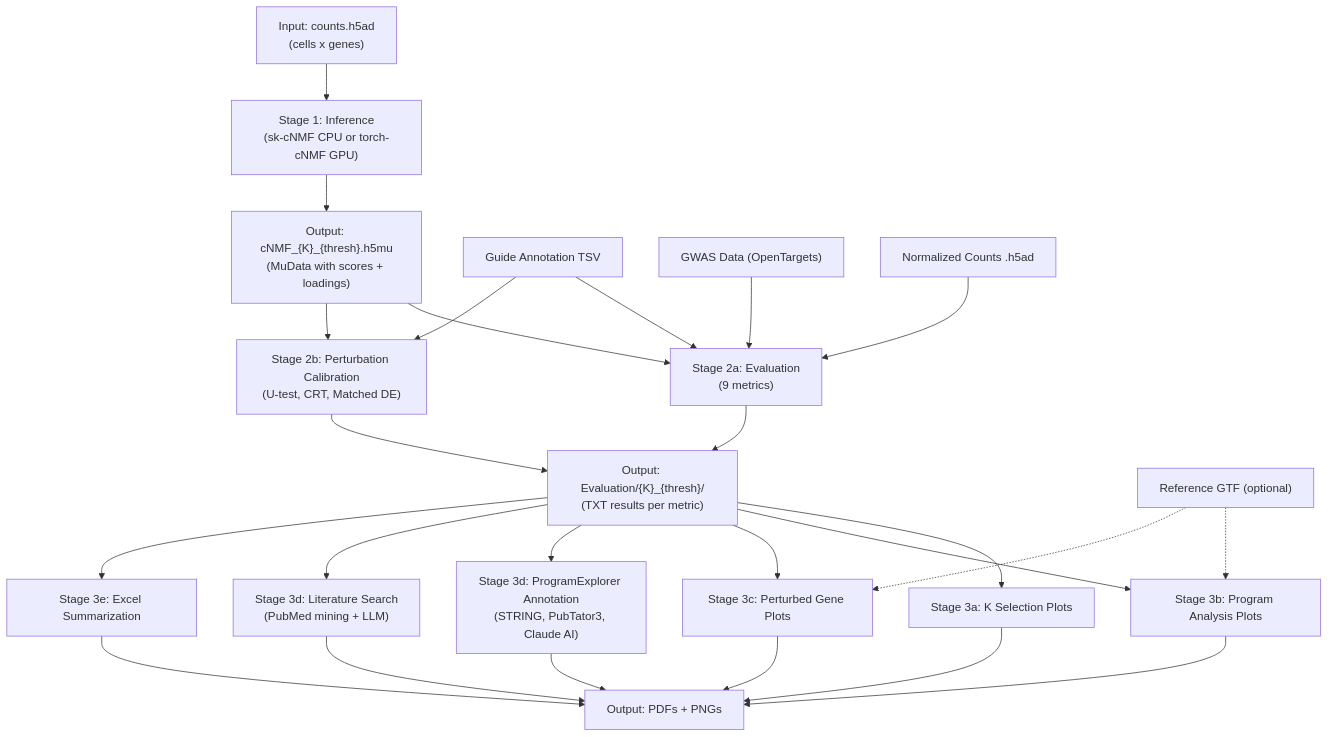
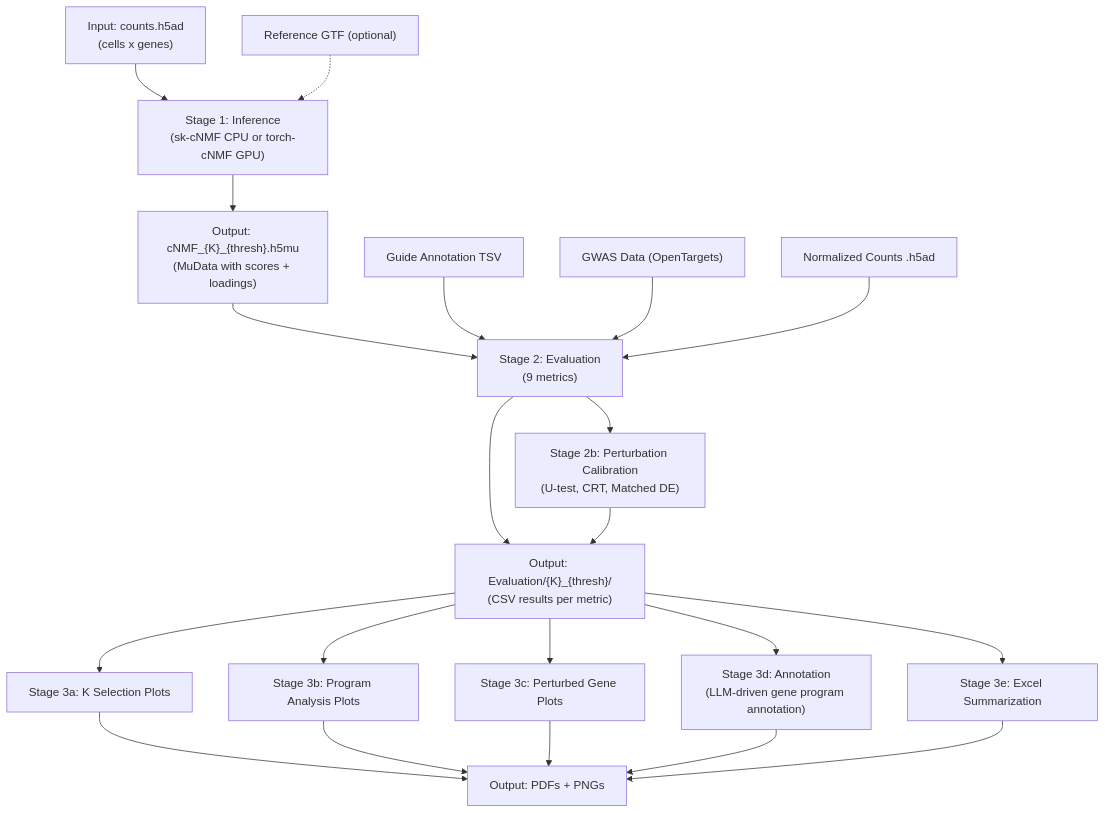
The diagram in CLAUDE.md (EngreitzLab/PerturbNMF), drawn with Mermaid before and after one commit. The commit also changed 5 other files, not shown here.

First line of the commit message:
Revert mermaid diagrams to original and fix tutorial notebook import

````diff
--- a/CLAUDE.md
+++ b/CLAUDE.md
@@ -9,27 +9,23 @@
 ```mermaid
 flowchart TD
     A["Input: counts.h5ad\n(cells x genes)"] --> B["Stage 1: Inference\n(sk-cNMF CPU or torch-cNMF GPU)"]
     B --> D["Output: cNMF_{K}_{thresh}.h5mu\n(MuData with scores + loadings)"]
-    D --> E["Stage 2a: Evaluation\n(9 metrics)"]
-    E --> F["Output: Evaluation/{K}_{thresh}/\n(TXT results per metric)"]
-    D --> G["Stage 2b: Perturbation Calibration\n(U-test, CRT, Matched DE)"]
+    D --> E["Stage 2: Evaluation\n(9 metrics)"]
+    E --> F["Output: Evaluation/{K}_{thresh}/\n(CSV results per metric)"]
+    E --> G["Stage 2b: Perturbation Calibration\n(U-test, CRT, Matched DE)"]
     G --> F
     F --> I["Stage 3a: K Selection Plots"]
     F --> J["Stage 3b: Program Analysis Plots"]
     F --> K["Stage 3c: Perturbed Gene Plots"]
     I --> L["Output: PDFs + PNGs"]
     J --> L
     K --> L
-    F --> Q["Stage 3d: ProgramExplorer Annotation\n(STRING, PubTator3, Claude AI)"]
+    F --> Q["Stage 3d: Annotation\n(LLM-driven gene program annotation)"]
     Q --> L
-    F --> R["Stage 3d: Literature Search\n(PubMed mining + LLM)"]
-    R --> L
     F --> S["Stage 3e: Excel Summarization"]
     S --> L
     M["Guide Annotation TSV"] --> E
-    M --> G
     N["GWAS Data (OpenTargets)"] --> E
     O["Normalized Counts .h5ad"] --> E
-    P["Reference GTF (optional)"] -.-> J
-    P -.-> K
+    P["Reference GTF (optional)"] -.-> B
 ```
````
